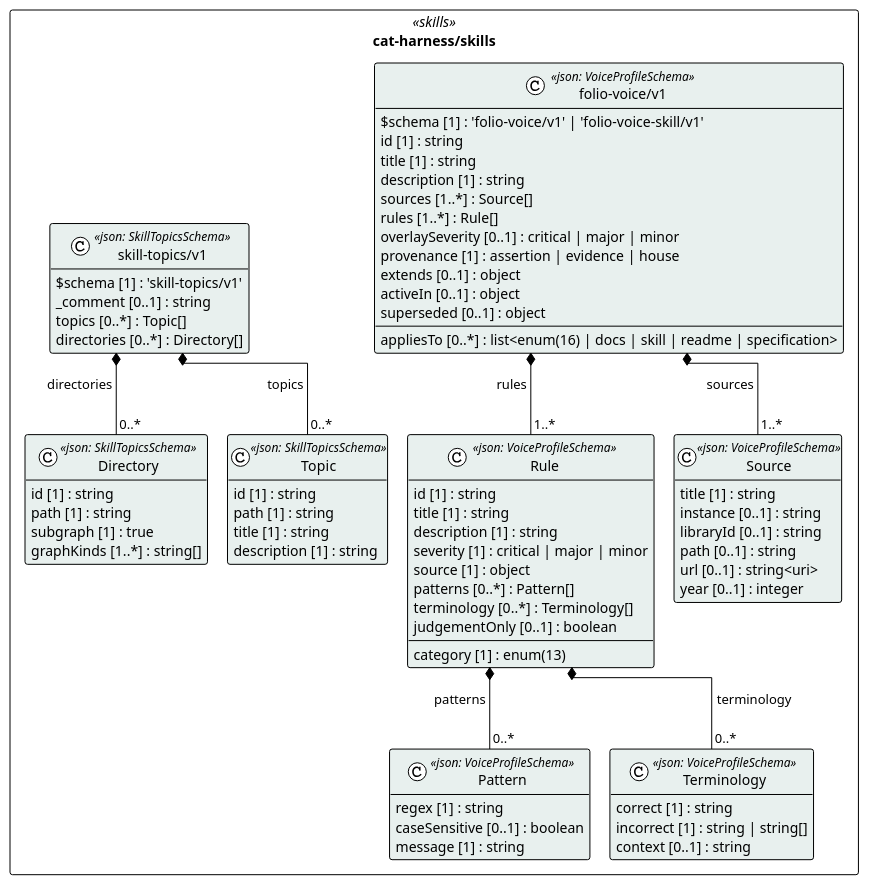
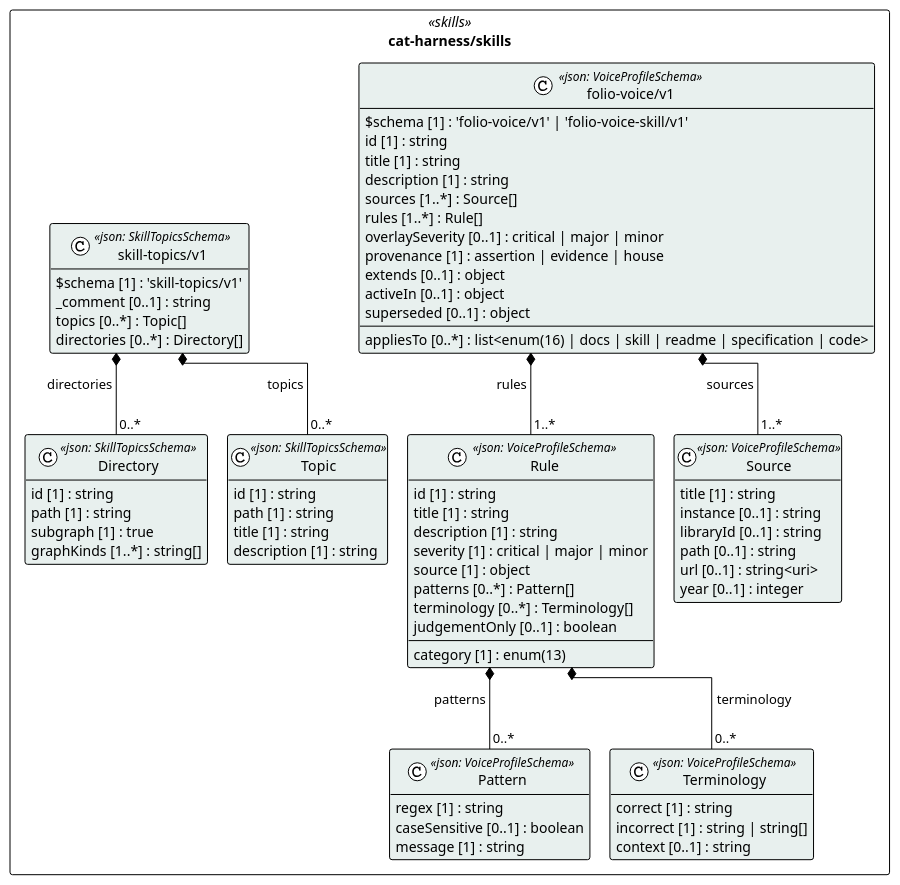
The diagram in cat-harness/uml/overview/cat-harness/skills.puml (litlfred/folio-assistant), drawn with PlantUML before and after one commit. The commit also changed 44 other files, not shown here.

```diff
--- a/cat-harness/uml/overview/cat-harness/skills.puml
+++ b/cat-harness/uml/overview/cat-harness/skills.puml
@@ -3,79 +3,79 @@
 @startuml cat_harness_skills
 !pragma layout elk
 !theme plain
 skinparam classAttributeIconSize 0
 skinparam shadowing false
 skinparam packageStyle rectangle
 hide empty methods
 
 package "cat-harness/skills" as pkg_cat_harness_skills <<skills>> {
   class "Source" as cat_harness_skills_folio_voice_v1_Source <<json: VoiceProfileSchema>> #e8f0ee {
     title [1] : string
     instance [0..1] : string
     libraryId [0..1] : string
     path [0..1] : string
     url [0..1] : string<uri>
     year [0..1] : integer
   }
   class "Pattern" as cat_harness_skills_folio_voice_v1_Pattern <<json: VoiceProfileSchema>> #e8f0ee {
     regex [1] : string
     caseSensitive [0..1] : boolean
     message [1] : string
   }
   class "Terminology" as cat_harness_skills_folio_voice_v1_Terminology <<json: VoiceProfileSchema>> #e8f0ee {
     correct [1] : string
     incorrect [1] : string | string[]
     context [0..1] : string
   }
   class "Rule" as cat_harness_skills_folio_voice_v1_Rule <<json: VoiceProfileSchema>> #e8f0ee {
     id [1] : string
     title [1] : string
     description [1] : string
     category [1] : enum(13)
     severity [1] : critical | major | minor
     source [1] : object
     patterns [0..*] : Pattern[]
     terminology [0..*] : Terminology[]
     judgementOnly [0..1] : boolean
   }
   class "folio-voice/v1" as cat_harness_skills_folio_voice_v1_folio_voice_v1 <<json: VoiceProfileSchema>> #e8f0ee {
     $schema [1] : 'folio-voice/v1' | 'folio-voice-skill/v1'
     id [1] : string
     title [1] : string
     description [1] : string
     sources [1..*] : Source[]
     rules [1..*] : Rule[]
     overlaySeverity [0..1] : critical | major | minor
-    appliesTo [0..*] : list<enum(16) | docs | skill | readme | specification>
+    appliesTo [0..*] : list<enum(16) | docs | skill | readme | specification | code>
     provenance [1] : assertion | evidence | house
     extends [0..1] : object
     activeIn [0..1] : object
     superseded [0..1] : object
   }
   class "Topic" as cat_harness_skills_skill_topics_v1_Topic <<json: SkillTopicsSchema>> #e8f0ee {
     id [1] : string
     path [1] : string
     title [1] : string
     description [1] : string
   }
   class "Directory" as cat_harness_skills_skill_topics_v1_Directory <<json: SkillTopicsSchema>> #e8f0ee {
     id [1] : string
     path [1] : string
     subgraph [1] : true
     graphKinds [1..*] : string[]
   }
   class "skill-topics/v1" as cat_harness_skills_skill_topics_v1_skill_topics_v1 <<json: SkillTopicsSchema>> #e8f0ee {
     $schema [1] : 'skill-topics/v1'
     _comment [0..1] : string
     topics [0..*] : Topic[]
     directories [0..*] : Directory[]
   }
 }
 
 cat_harness_skills_folio_voice_v1_folio_voice_v1 *-- "1..*" cat_harness_skills_folio_voice_v1_Source : sources
 cat_harness_skills_folio_voice_v1_Rule *-- "0..*" cat_harness_skills_folio_voice_v1_Pattern : patterns
 cat_harness_skills_folio_voice_v1_Rule *-- "0..*" cat_harness_skills_folio_voice_v1_Terminology : terminology
 cat_harness_skills_folio_voice_v1_folio_voice_v1 *-- "1..*" cat_harness_skills_folio_voice_v1_Rule : rules
 cat_harness_skills_skill_topics_v1_skill_topics_v1 *-- "0..*" cat_harness_skills_skill_topics_v1_Topic : topics
 cat_harness_skills_skill_topics_v1_skill_topics_v1 *-- "0..*" cat_harness_skills_skill_topics_v1_Directory : directories
 @enduml
```
